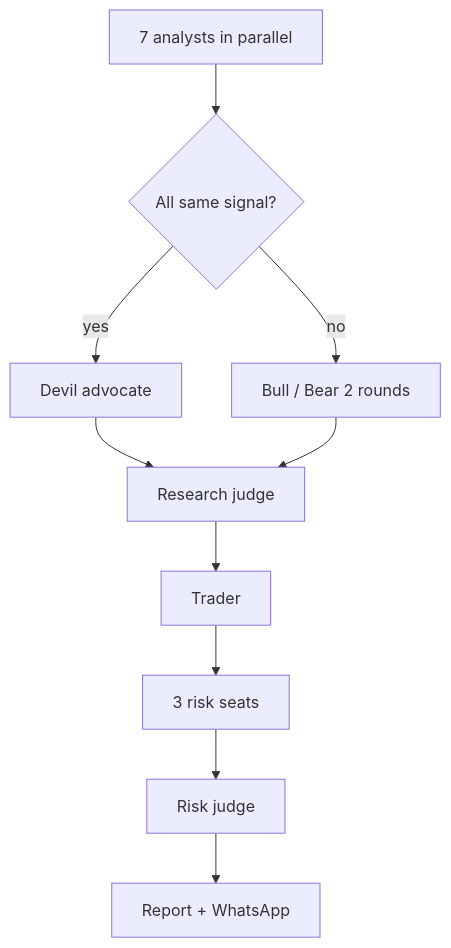
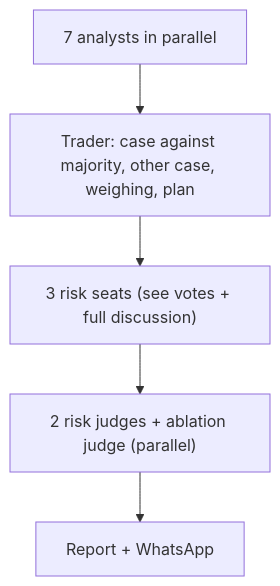
Before and after one commit to tiffanychum/financial-analysis-agent: the third of 3 diagrams in docs/DESIGN.md, drawn with Mermaid. The commit also changed other lines of this file and 5 other files, not shown here.

First line of the commit message:
Fold bull/bear debate into the trader; share analyst votes with risk seats and judges

````diff
--- a/docs/DESIGN.md
+++ b/docs/DESIGN.md
@@ -62,12 +62,7 @@
 ```mermaid
 flowchart TD
-  A["7 analysts in parallel"] --> B{"All same signal?"}
-  B -->|yes| C["Devil advocate"]
-  B -->|no| D["Bull / Bear 2 rounds"]
-  C --> E["Research judge"]
-  D --> E
-  E --> F["Trader"]
-  F --> G["3 risk seats"]
-  G --> H["Risk judge"]
+  A["7 analysts in parallel"] --> F["Trader: case against majority, other case, weighing, plan"]
+  F --> G["3 risk seats (see votes + full discussion)"]
+  G --> H["2 risk judges + ablation judge (parallel)"]
   H --> I["Report + WhatsApp"]
 ```
````
